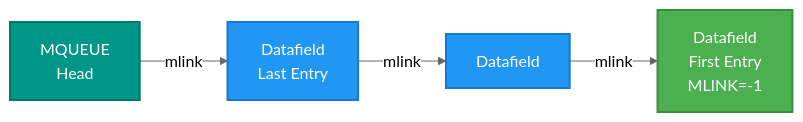
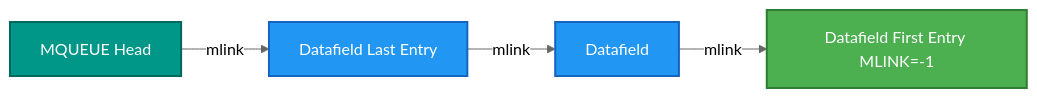
Before and after one commit to HackerCorpLabs/NDInsight: the fifth of 8 diagrams in SINTRAN/OS/00-SINTRAN-ARCHITECTURE-OVERVIEW.md, drawn with Mermaid (neutral theme). The commit also changed other lines of this file and 19 other files, not shown here.

Commit message:
Updated Mermaid diagrams

````diff
--- a/SINTRAN/OS/00-SINTRAN-ARCHITECTURE-OVERVIEW.md
+++ b/SINTRAN/OS/00-SINTRAN-ARCHITECTURE-OVERVIEW.md
@@ -519,11 +519,11 @@
 ```mermaid
 graph LR
-    A[MQUEUE<br/>Head] -->|mlink| B[Datafield<br/>Last Entry]
+    A[MQUEUE Head] -->|mlink| B[Datafield Last Entry]
     B -->|mlink| C[Datafield]
-    C -->|mlink| D[Datafield<br/>First Entry<br/>MLINK=-1]
+    C -->|mlink| D[Datafield First Entry MLINK=-1]
     
-    style A fill:#009688,stroke:#00796B,stroke-width:2px,color:#fff
-    style B fill:#2196F3,stroke:#1976D2,stroke-width:2px,color:#fff
-    style C fill:#2196F3,stroke:#1976D2,stroke-width:2px,color:#fff
-    style D fill:#4CAF50,stroke:#388E3C,stroke-width:2px,color:#fff
+    style A fill:#009688,stroke:#00695C,stroke-width:2px,color:#fff
+    style B fill:#2196F3,stroke:#1565C0,stroke-width:2px,color:#fff
+    style C fill:#2196F3,stroke:#1565C0,stroke-width:2px,color:#fff
+    style D fill:#4CAF50,stroke:#2E7D32,stroke-width:2px,color:#fff
 ```
````
